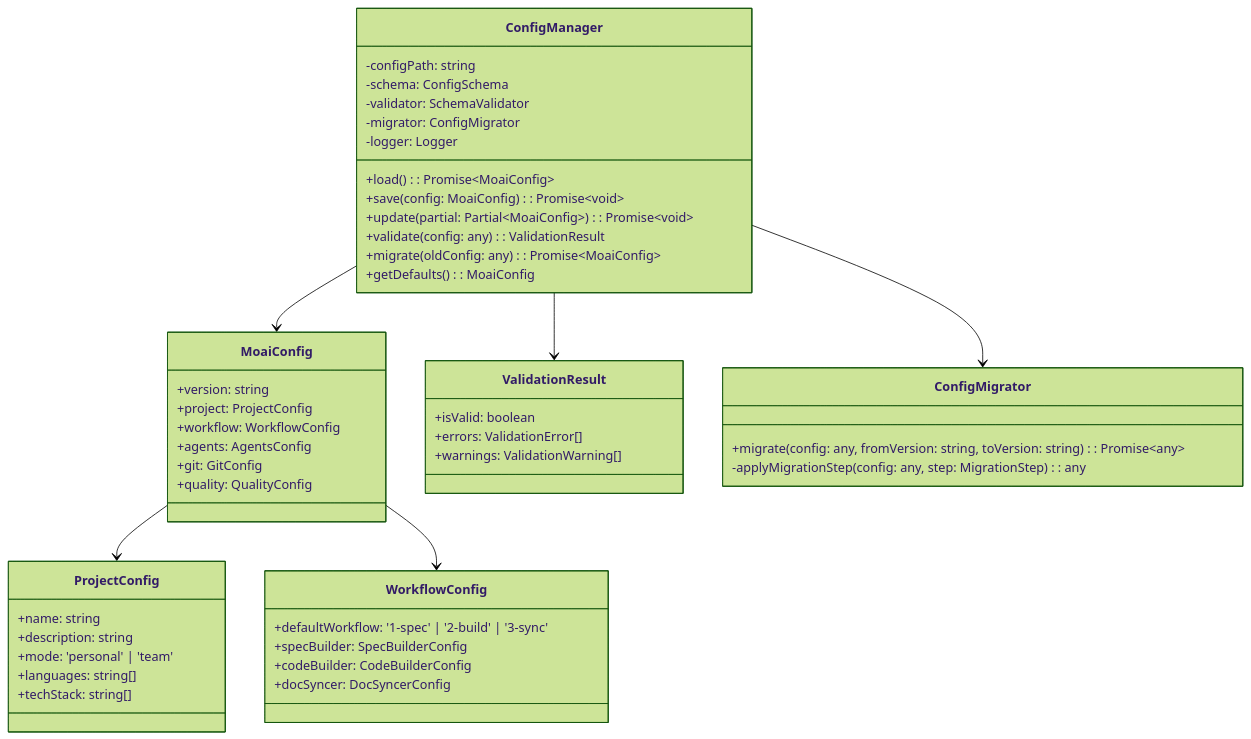
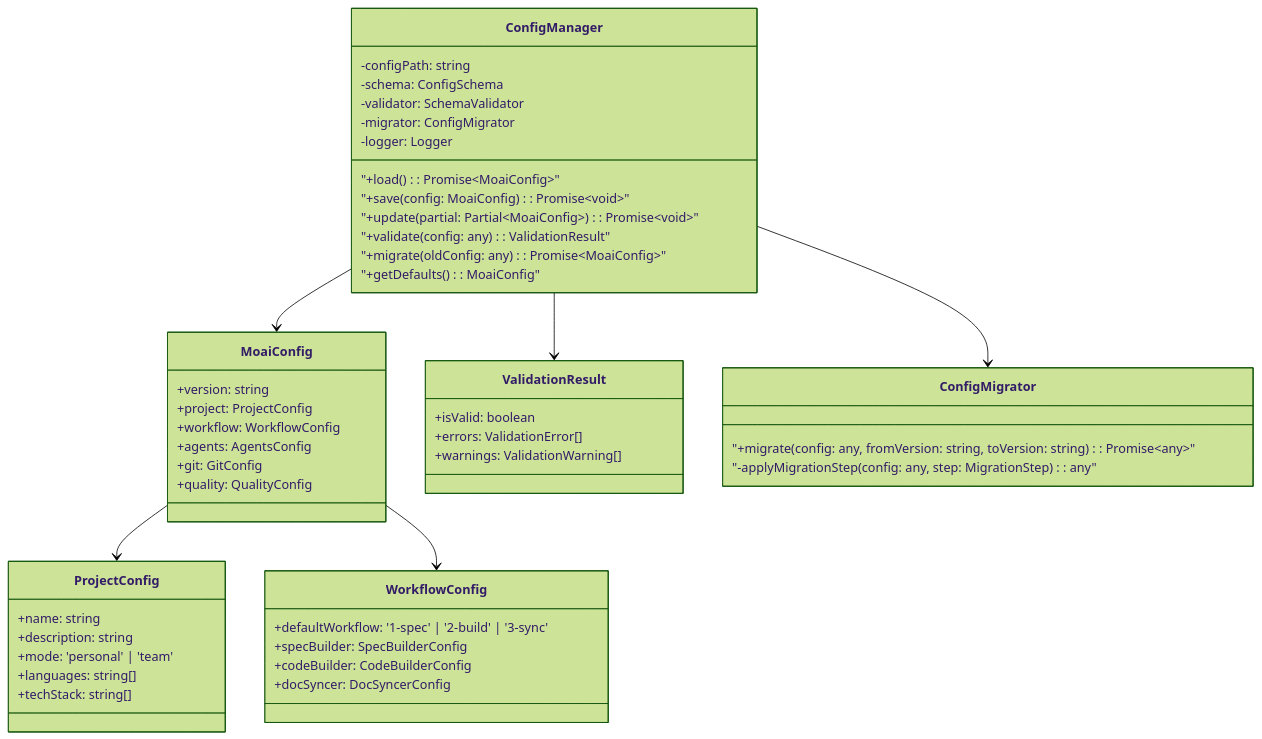
The fifth of 9 diagrams in docs/reference/core-modules.md (modu-ai/moai-adk), drawn with Mermaid (forest theme) before and after one commit. The commit also changed other lines of this file and 19 other files, not shown here.

First line of the commit message:
🎨 fix: docs 전체 Mermaid 다이어그램 특수문자 오류 수정 (19개 파일)

````diff
--- a/docs/reference/core-modules.md
+++ b/docs/reference/core-modules.md
@@ -707,57 +707,57 @@
 ```mermaid
 classDiagram
     class ConfigManager {
         -configPath: string
         -schema: ConfigSchema
         -validator: SchemaValidator
         -migrator: ConfigMigrator
         -logger: Logger
-        +load(): Promise~MoaiConfig~
-        +save(config: MoaiConfig): Promise~void~
-        +update(partial: Partial~MoaiConfig~): Promise~void~
-        +validate(config: any): ValidationResult
-        +migrate(oldConfig: any): Promise~MoaiConfig~
-        +getDefaults(): MoaiConfig
+        "+load(): Promise~MoaiConfig~"
+        "+save(config: MoaiConfig): Promise~void~"
+        "+update(partial: Partial~MoaiConfig~): Promise~void~"
+        "+validate(config: any): ValidationResult"
+        "+migrate(oldConfig: any): Promise~MoaiConfig~"
+        "+getDefaults(): MoaiConfig"
     }
 
     class MoaiConfig {
         +version: string
         +project: ProjectConfig
         +workflow: WorkflowConfig
         +agents: AgentsConfig
         +git: GitConfig
         +quality: QualityConfig
     }
 
     class ProjectConfig {
         +name: string
         +description: string
         +mode: 'personal' | 'team'
         +languages: string[]
         +techStack: string[]
     }
 
     class WorkflowConfig {
         +defaultWorkflow: '1-spec' | '2-build' | '3-sync'
         +specBuilder: SpecBuilderConfig
         +codeBuilder: CodeBuilderConfig
         +docSyncer: DocSyncerConfig
     }
 
     class ValidationResult {
         +isValid: boolean
         +errors: ValidationError[]
         +warnings: ValidationWarning[]
     }
 
     class ConfigMigrator {
-        +migrate(config: any, fromVersion: string, toVersion: string): Promise~any~
-        -applyMigrationStep(config: any, step: MigrationStep): any
+        "+migrate(config: any, fromVersion: string, toVersion: string): Promise~any~"
+        "-applyMigrationStep(config: any, step: MigrationStep): any"
     }
 
     ConfigManager --> MoaiConfig
     ConfigManager --> ValidationResult
     ConfigManager --> ConfigMigrator
     MoaiConfig --> ProjectConfig
     MoaiConfig --> WorkflowConfig
 ```
````
